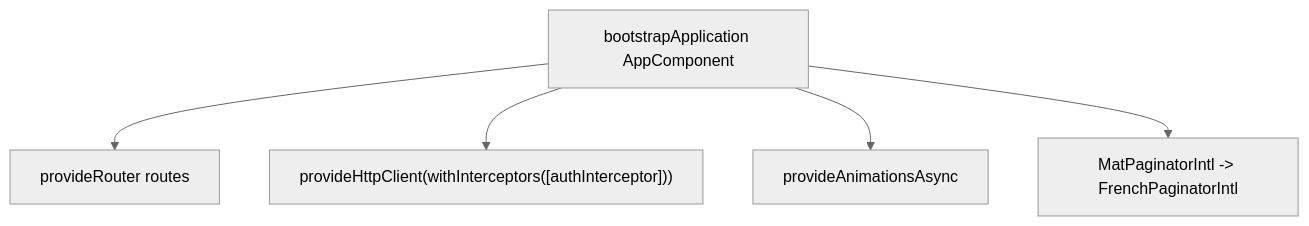
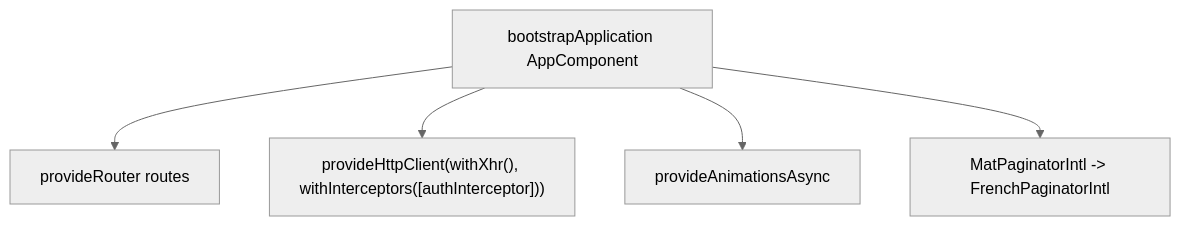
The second of 7 diagrams in frontend-starter/analyse.md (nini667-E/AngularM1_Miage_2026_2027_TP123), drawn with Mermaid (neutral theme) before and after one commit. The commit also changed other lines of this file and 23 other files, not shown here.

````diff
--- a/frontend-starter/analyse.md
+++ b/frontend-starter/analyse.md
@@ -101,7 +101,7 @@
 ```mermaid
 flowchart TD
     A[bootstrapApplication AppComponent] --> B[provideRouter routes]
-    A --> C["provideHttpClient(withInterceptors([authInterceptor]))"]
+    A --> C["provideHttpClient(withXhr(), withInterceptors([authInterceptor]))"]
     A --> D[provideAnimationsAsync]
     A --> E["MatPaginatorIntl -> FrenchPaginatorIntl"]
 ```
````
